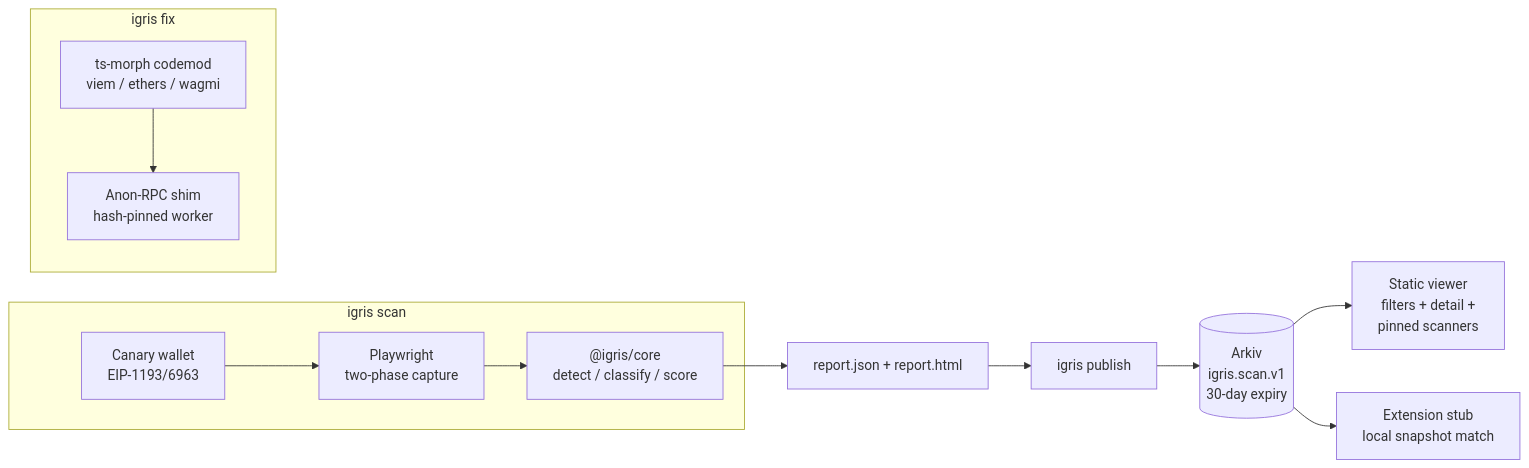
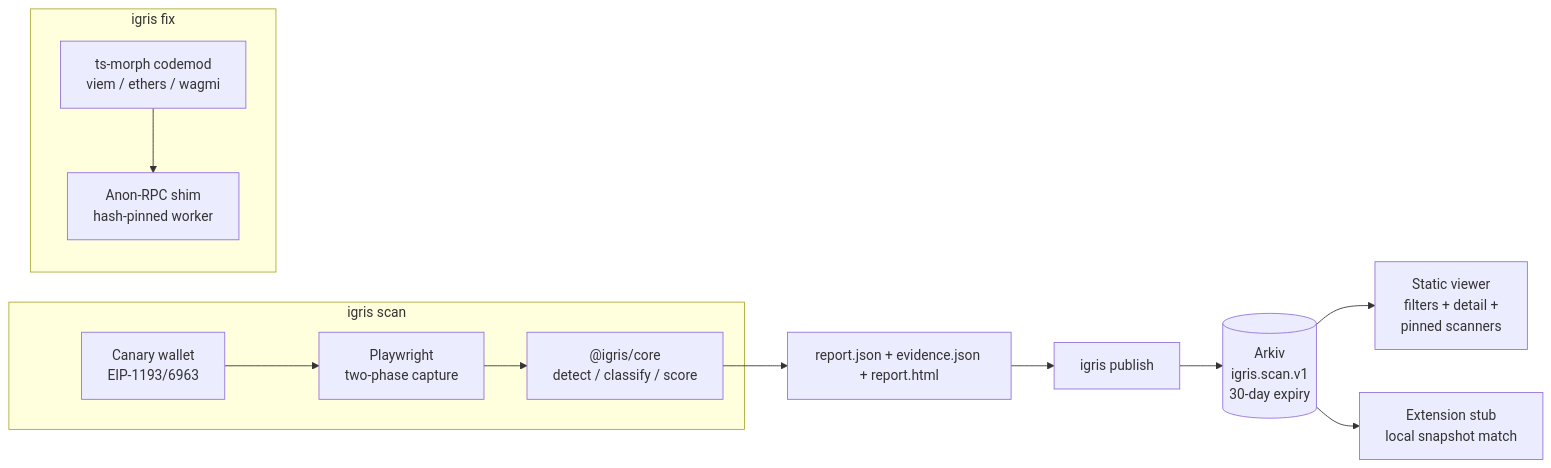
Before and after one commit to codepankajpy/Igris: the diagram in README.md, drawn with Mermaid. The commit also changed other lines of this file and 23 other files, not shown here.

````diff
--- a/README.md
+++ b/README.md
@@ -69,15 +86,15 @@
 ```mermaid
 flowchart LR
   subgraph scan [igris scan]
     W[Canary wallet<br/>EIP-1193/6963] --> S[Playwright<br/>two-phase capture]
     S --> C["@igris/core<br/>detect / classify / score"]
   end
-  C --> R[report.json + report.html]
+  C --> R[report.json + evidence.json + report.html]
   R --> P[igris publish]
   subgraph fixcmd [igris fix]
     F["ts-morph codemod<br/>viem / ethers / wagmi"] --> A[Anon-RPC shim<br/>hash-pinned worker]
   end
   P --> K[(Arkiv<br/>igris.scan.v1<br/>30-day expiry)]
   K --> V[Static viewer<br/>filters + detail +<br/>pinned scanners]
   K --> X[Extension stub<br/>local snapshot match]
 ```
````
